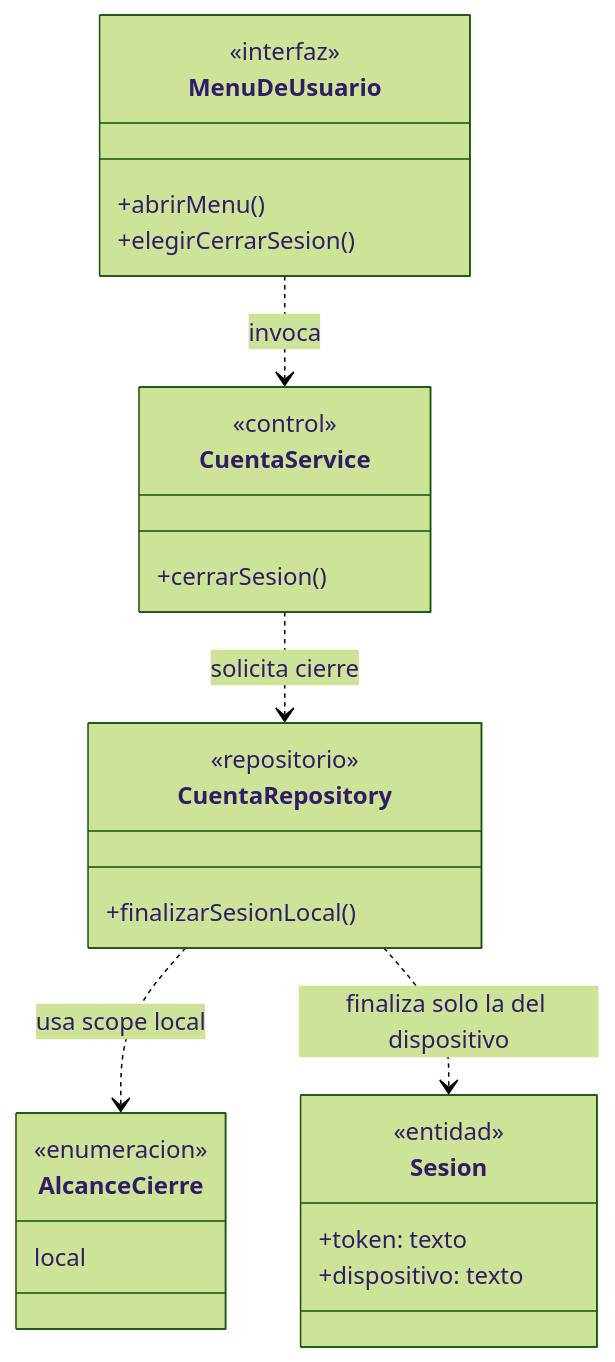
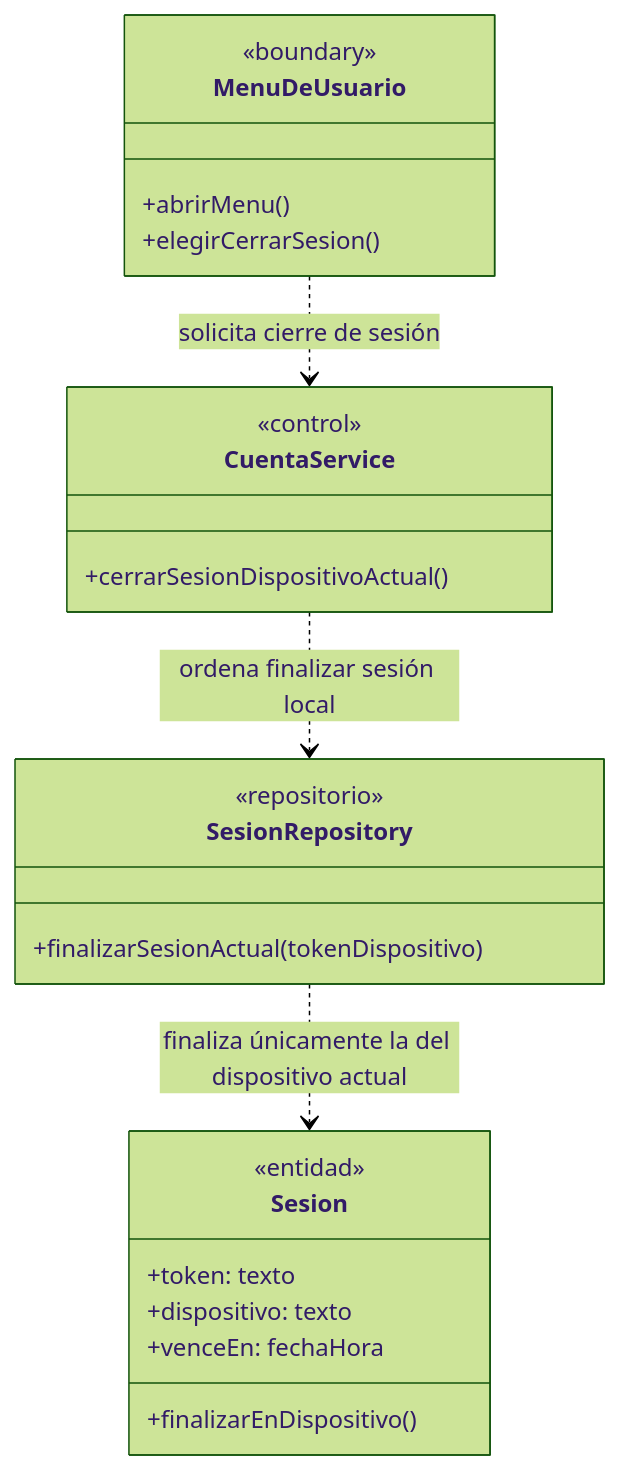
Before and after one commit to nicqletal/torneos-scraper: the fourth of 7 diagrams in docs/diagramas-de-clase/cuenta-y-acceso.md, drawn with Mermaid (forest theme). The commit also changed other lines of this file and 12 other files, not shown here.

Commit message:
Correcion Diagramas de Clase

````diff
--- a/docs/diagramas-de-clase/cuenta-y-acceso.md
+++ b/docs/diagramas-de-clase/cuenta-y-acceso.md
@@ -295,30 +232,27 @@
 ```mermaid
 classDiagram
 direction TB
 class MenuDeUsuario {
-  <<interfaz>>
+  <<boundary>>
   +abrirMenu()
   +elegirCerrarSesion()
 }
 class CuentaService {
   <<control>>
-  +cerrarSesion()
+  +cerrarSesionDispositivoActual()
 }
-class CuentaRepository {
+class SesionRepository {
   <<repositorio>>
-  +finalizarSesionLocal()
+  +finalizarSesionActual(tokenDispositivo)
 }
 class Sesion {
   <<entidad>>
   +token: texto
   +dispositivo: texto
+  +venceEn: fechaHora
+  +finalizarEnDispositivo()
 }
-class AlcanceCierre {
-  <<enumeracion>>
-  local
-}
-MenuDeUsuario ..> CuentaService : invoca
-CuentaService ..> CuentaRepository : solicita cierre
-CuentaRepository ..> AlcanceCierre : usa scope local
-CuentaRepository ..> Sesion : finaliza solo la del dispositivo
+MenuDeUsuario ..> CuentaService : solicita cierre de sesión
+CuentaService ..> SesionRepository : ordena finalizar sesión local
+SesionRepository ..> Sesion : finaliza únicamente la del dispositivo actual
 ```
````
